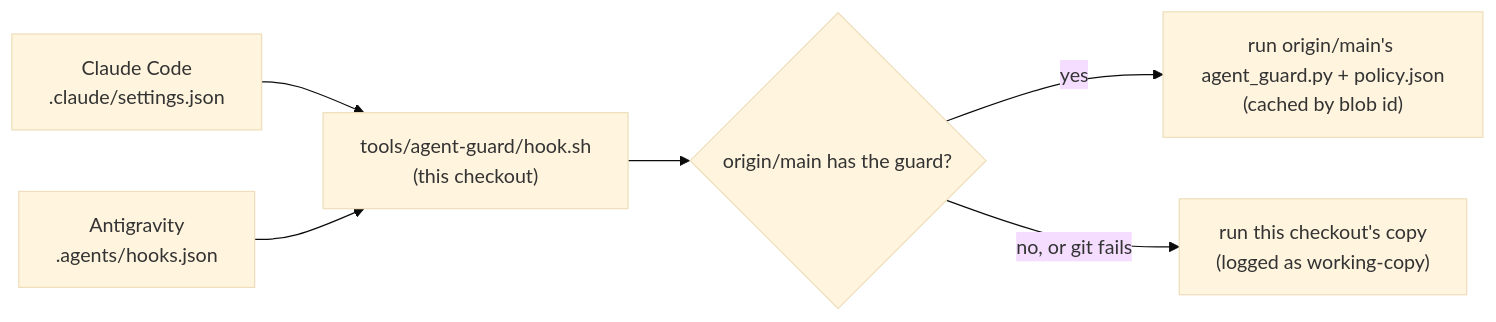
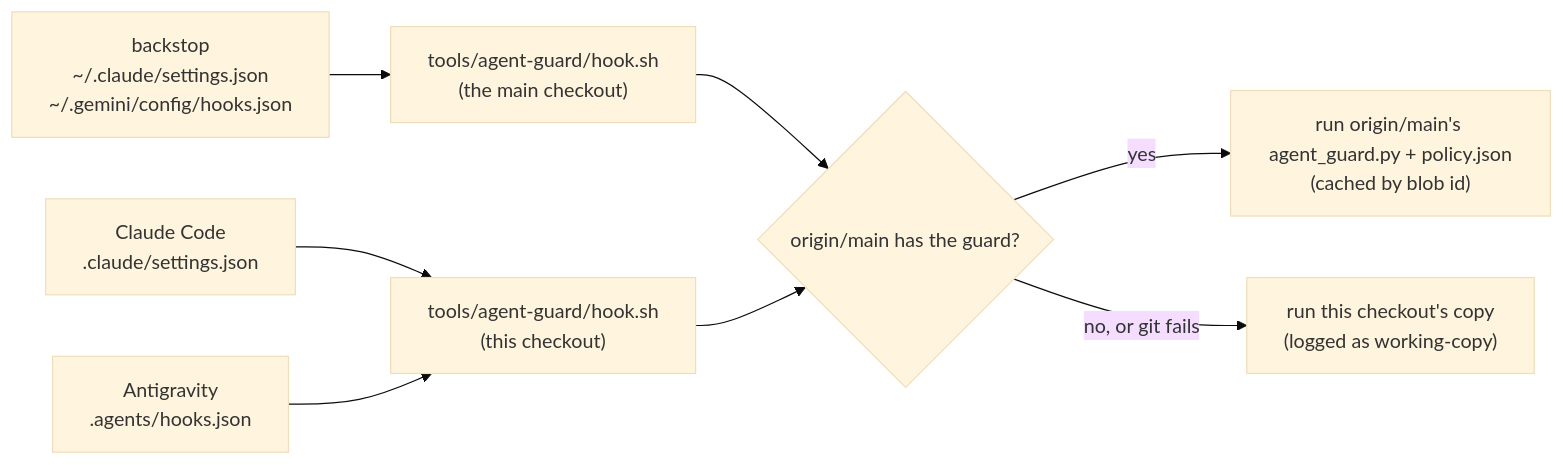
Before and after one commit to VitruvianSoftware/vitruvian-core: the second of 2 diagrams in tools/agent-guard/README.md, drawn with Mermaid (base theme). The commit also changed other lines of this file and 11 other files, not shown here.

First line of the commit message:
fix(tools): agent-guard per-user backstop, fetch and hook-script holes

````diff
--- a/tools/agent-guard/README.md
+++ b/tools/agent-guard/README.md
@@ -37,8 +39,10 @@
 ```mermaid
 flowchart LR
   CC["Claude Code<br/>.claude/settings.json"] --> H["tools/agent-guard/hook.sh<br/>(this checkout)"]
   AG["Antigravity<br/>.agents/hooks.json"] --> H
+  U["backstop<br/>~/.claude/settings.json<br/>~/.gemini/config/hooks.json"] --> HM["tools/agent-guard/hook.sh<br/>(the main checkout)"]
+  HM --> Q
   H --> Q{"origin/main has the guard?"}
   Q -- yes --> M["run origin/main's agent_guard.py + policy.json<br/>(cached by blob id)"]
   Q -- "no, or git fails" --> L["run this checkout's copy<br/>(logged as working-copy)"]
 ```
````
